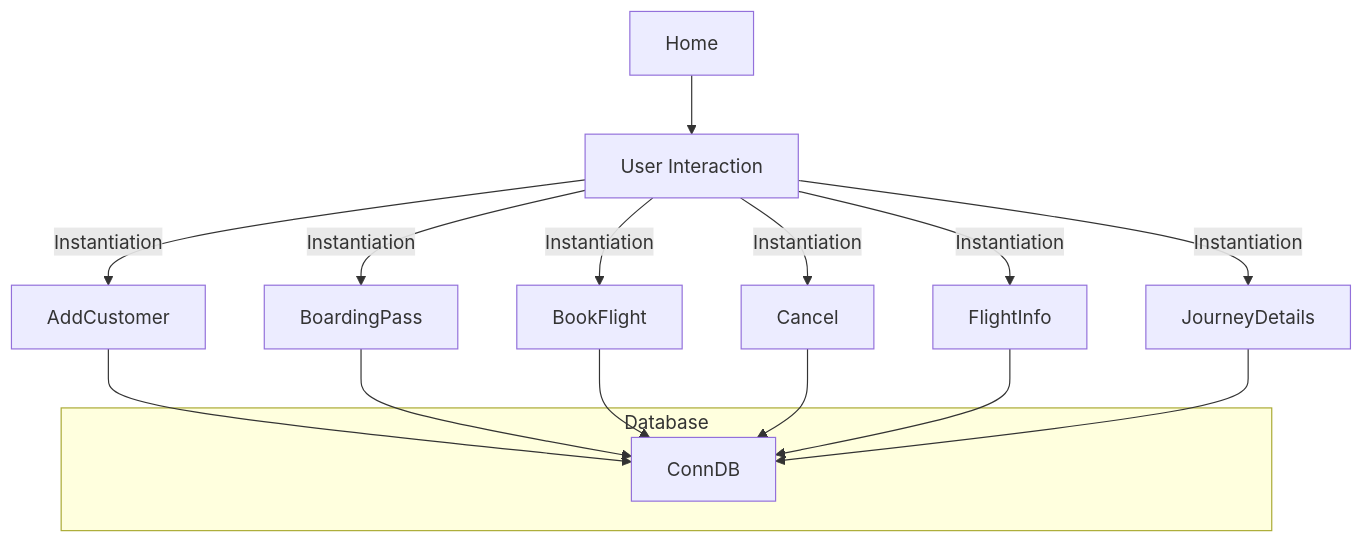
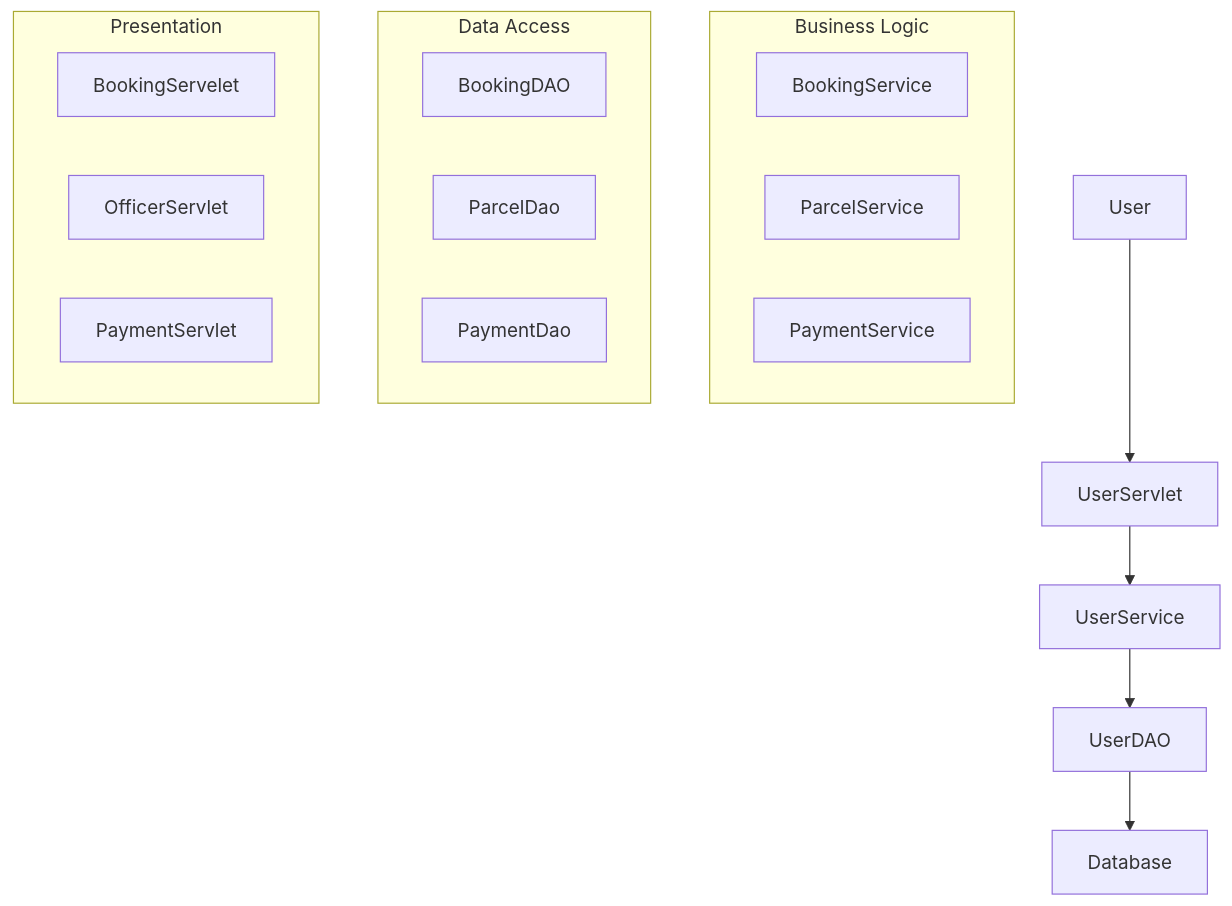
One commit to Barath-07-tech/codebase_doc_llm changed the first of 2 diagrams in output/docs/architecture.md. Above: the diagram before and after it, drawn with Mermaid. The commit also changed other lines of this file and 14 other files, not shown here.

````diff
--- a/output/docs/architecture.md
+++ b/output/docs/architecture.md
@@ -13,21 +14,25 @@
 ```mermaid
 graph TD
-    A[Home] --> B[User Interaction]
-    B -->|Instantiation| C[AddCustomer]
-    B -->|Instantiation| D[BoardingPass]
-    B -->|Instantiation| E[BookFlight]
-    B -->|Instantiation| F[Cancel]
-    B -->|Instantiation| G[FlightInfo]
-    B -->|Instantiation| H[JourneyDetails]
+    A[User] --> B[UserServlet]
+    B --> C[UserService]
+    C --> D[UserDAO]
+    D --> E[Database]
     
-    subgraph "Database"
-        I[ConnDB]
+    subgraph "Business Logic"
+        F[BookingService]
+        G[ParcelService]
+        H[PaymentService]
     end
     
-    C --> I
-    D --> I
-    E --> I
-    F --> I
-    G --> I
-    H --> I
+    subgraph "Data Access"
+        I[BookingDAO]
+        J[ParcelDao]
+        K[PaymentDao]
+    end
+    
+    subgraph "Presentation"
+        L[BookingServelet]
+        M[OfficerServlet]
+        N[PaymentServlet]
+    end
 ```
````
